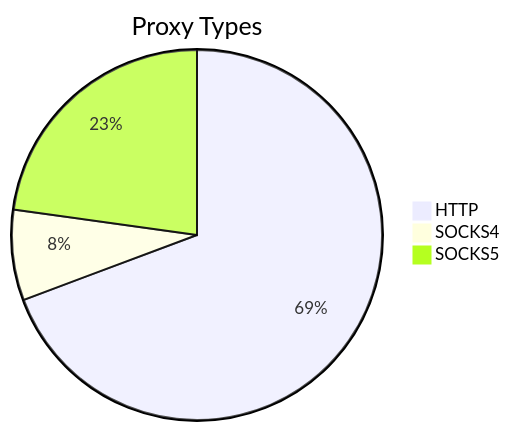
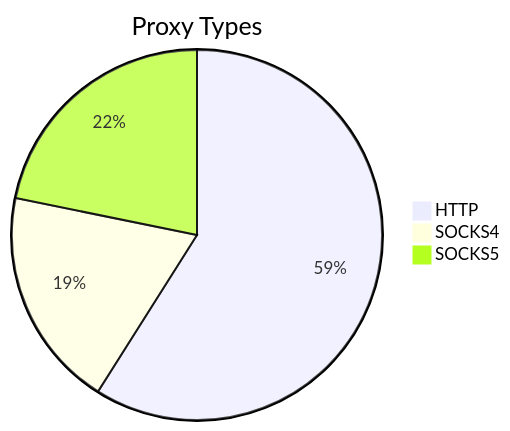
The first of 2 diagrams in README.md (stormsia/proxy-list), drawn with Mermaid before and after one commit. The commit also changed other lines of this file, not shown here.

````diff
--- a/README.md
+++ b/README.md
@@ -21,6 +21,6 @@
 ```mermaid
 pie title Proxy Types
-    "HTTP" : 79
-    "SOCKS4" : 9
-    "SOCKS5" : 26
+    "HTTP" : 92
+    "SOCKS4" : 30
+    "SOCKS5" : 34
 ```
````
